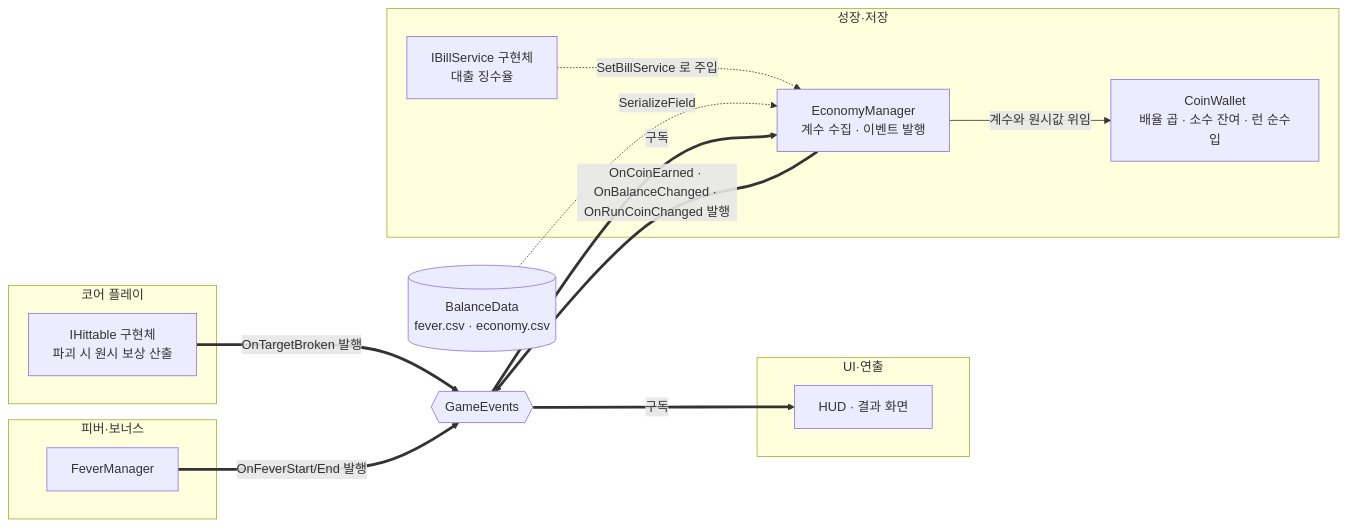
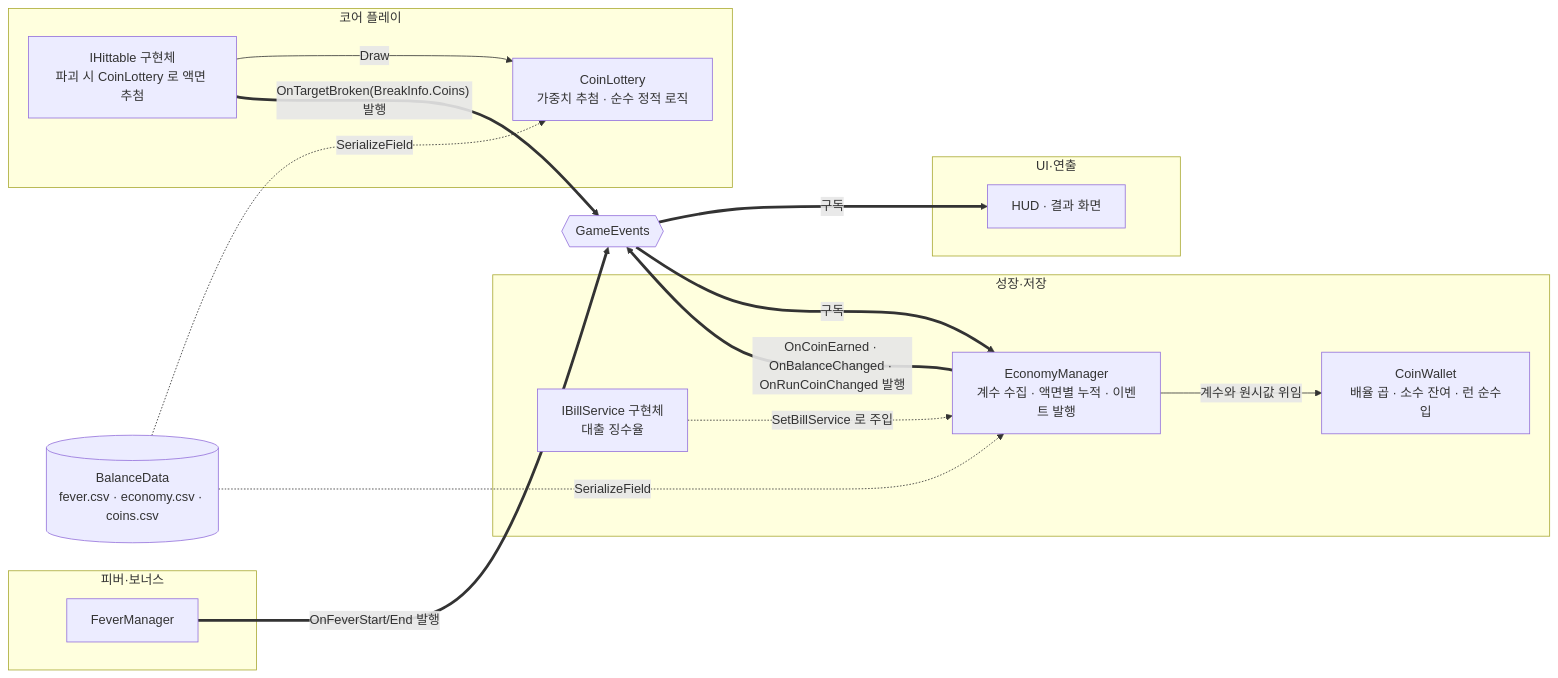
Before and after one commit to KDNA-Gwangju-1/NCAIClicker: the diagram in docs/TECH_NOTES/coin-economy.md, drawn with Mermaid. The commit also changed other lines of this file and 33 other files, not shown here.

````diff
--- a/docs/TECH_NOTES/coin-economy.md
+++ b/docs/TECH_NOTES/coin-economy.md
@@ -27,32 +31,35 @@
 ```mermaid
 flowchart LR
   subgraph Core["코어 플레이"]
-    target["IHittable 구현체<br/>파괴 시 원시 보상 산출"]
+    target["IHittable 구현체<br/>파괴 시 CoinLottery 로 액면 추첨"]
+    lottery["CoinLottery<br/>가중치 추첨 · 순수 정적 로직"]
   end
 
   subgraph Growth["성장·저장"]
-    mgr["EconomyManager<br/>계수 수집 · 이벤트 발행"]
+    mgr["EconomyManager<br/>계수 수집 · 액면별 누적 · 이벤트 발행"]
     wallet["CoinWallet<br/>배율 곱 · 소수 잔여 · 런 순수입"]
     bill["IBillService 구현체<br/>대출 징수율"]
   end
 
   subgraph Fever["피버·보너스"]
     fever["FeverManager"]
   end
 
   subgraph UI["UI·연출"]
     hud["HUD · 결과 화면"]
   end
 
   events{{"GameEvents"}}
-  balance[("BalanceData<br/>fever.csv · economy.csv")]
+  balance[("BalanceData<br/>fever.csv · economy.csv · coins.csv")]
 
-  target == "OnTargetBroken 발행" ==> events
+  target -- "Draw" --> lottery
+  target == "OnTargetBroken(BreakInfo.Coins) 발행" ==> events
   fever == "OnFeverStart/End 발행" ==> events
   events == "구독" ==> mgr
   mgr -- "계수와 원시값 위임" --> wallet
   bill -. "SetBillService 로 주입" .-> mgr
   balance -. "SerializeField" .-> mgr
+  balance -. "SerializeField" .-> lottery
   mgr == "OnCoinEarned · OnBalanceChanged · OnRunCoinChanged 발행" ==> events
   events == "구독" ==> hud
 ```
````
